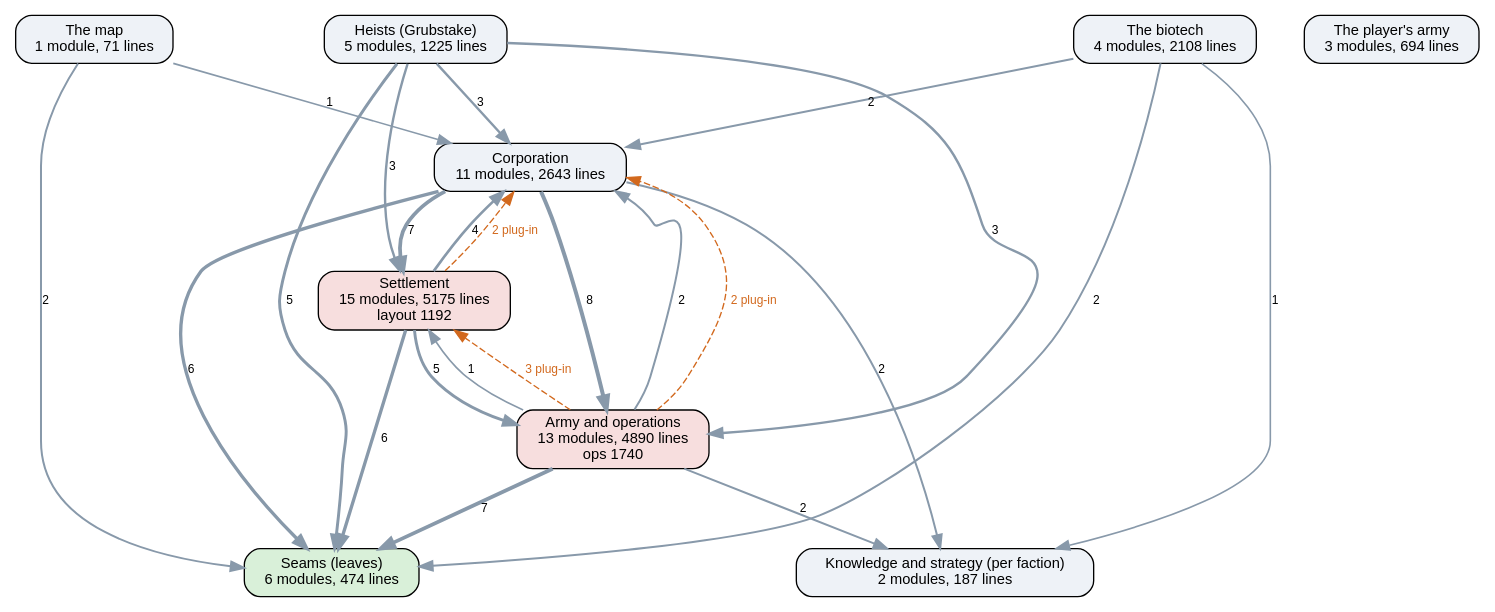
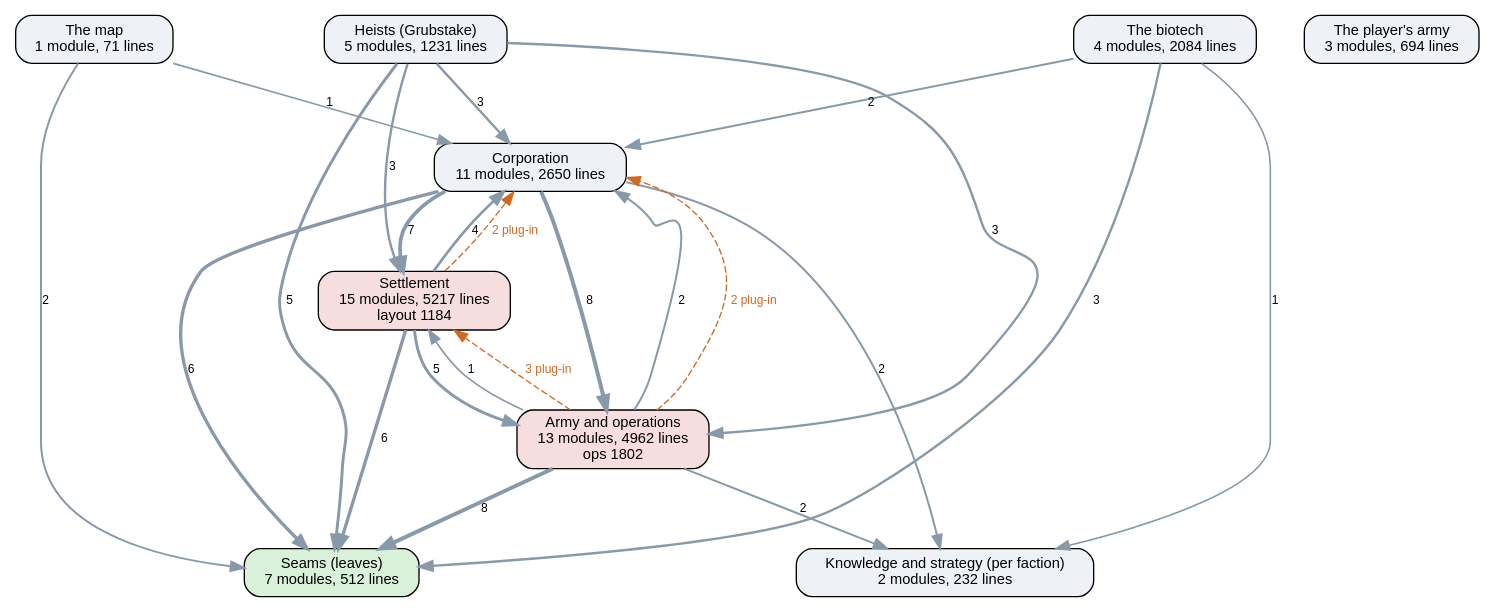
Before and after one commit to kinelhu/landing-party: the diagram in docs/ai-layers.dot, drawn with Graphviz. The commit also changed 38 other files, not shown here.

```diff
--- a/docs/ai-layers.dot
+++ b/docs/ai-layers.dot
@@ -1,37 +1,37 @@
 digraph layers {
   graph [rankdir=TB, fontname="Helvetica", nodesep=0.5, ranksep=0.7];
   node [shape=box, style="rounded,filled", fontname="Helvetica", fontsize=11, fillcolor="#eef2f7"];
   edge [color="#8899aa", fontname="Helvetica", fontsize=9];
-  "Seams (leaves)" [label="Seams (leaves)\n6 modules, 474 lines", fillcolor="#d9f0d9"];
-  "Knowledge and strategy (per faction)" [label="Knowledge and strategy (per faction)\n2 modules, 187 lines", fillcolor="#eef2f7"];
-  "Corporation" [label="Corporation\n11 modules, 2643 lines", fillcolor="#eef2f7"];
-  "Settlement" [label="Settlement\n15 modules, 5175 lines\nlayout 1192", fillcolor="#f7dede"];
-  "Army and operations" [label="Army and operations\n13 modules, 4890 lines\nops 1740", fillcolor="#f7dede"];
-  "Heists (Grubstake)" [label="Heists (Grubstake)\n5 modules, 1225 lines", fillcolor="#eef2f7"];
-  "The biotech" [label="The biotech\n4 modules, 2108 lines", fillcolor="#eef2f7"];
+  "Seams (leaves)" [label="Seams (leaves)\n7 modules, 512 lines", fillcolor="#d9f0d9"];
+  "Knowledge and strategy (per faction)" [label="Knowledge and strategy (per faction)\n2 modules, 232 lines", fillcolor="#eef2f7"];
+  "Corporation" [label="Corporation\n11 modules, 2650 lines", fillcolor="#eef2f7"];
+  "Settlement" [label="Settlement\n15 modules, 5217 lines\nlayout 1184", fillcolor="#f7dede"];
+  "Army and operations" [label="Army and operations\n13 modules, 4962 lines\nops 1802", fillcolor="#f7dede"];
+  "Heists (Grubstake)" [label="Heists (Grubstake)\n5 modules, 1231 lines", fillcolor="#eef2f7"];
+  "The biotech" [label="The biotech\n4 modules, 2084 lines", fillcolor="#eef2f7"];
   "The map" [label="The map\n1 module, 71 lines", fillcolor="#eef2f7"];
   "The player's army" [label="The player's army\n3 modules, 694 lines", fillcolor="#eef2f7"];
   "Army and operations" -> "Corporation" [label="2", penwidth=1.5];
   "Army and operations" -> "Knowledge and strategy (per faction)" [label="2", penwidth=1.5];
-  "Army and operations" -> "Seams (leaves)" [label="7", penwidth=2.8];
+  "Army and operations" -> "Seams (leaves)" [label="8", penwidth=3.0];
   "Army and operations" -> "Settlement" [label="1", penwidth=1.2];
   "Corporation" -> "Army and operations" [label="8", penwidth=3.0];
   "Corporation" -> "Knowledge and strategy (per faction)" [label="2", penwidth=1.5];
   "Corporation" -> "Seams (leaves)" [label="6", penwidth=2.5];
   "Corporation" -> "Settlement" [label="7", penwidth=2.8];
   "Heists (Grubstake)" -> "Army and operations" [label="3", penwidth=1.8];
   "Heists (Grubstake)" -> "Corporation" [label="3", penwidth=1.8];
   "Heists (Grubstake)" -> "Seams (leaves)" [label="5", penwidth=2.2];
   "Heists (Grubstake)" -> "Settlement" [label="3", penwidth=1.8];
   "Settlement" -> "Army and operations" [label="5", penwidth=2.2];
   "Settlement" -> "Corporation" [label="4", penwidth=2.0];
   "Settlement" -> "Seams (leaves)" [label="6", penwidth=2.5];
   "The biotech" -> "Corporation" [label="2", penwidth=1.5];
   "The biotech" -> "Knowledge and strategy (per faction)" [label="1", penwidth=1.2];
-  "The biotech" -> "Seams (leaves)" [label="2", penwidth=1.5];
+  "The biotech" -> "Seams (leaves)" [label="3", penwidth=1.8];
   "The map" -> "Corporation" [label="1", penwidth=1.2];
   "The map" -> "Seams (leaves)" [label="2", penwidth=1.5];
   "Army and operations" -> "Corporation" [style=dashed, color="#d2691e", fontcolor="#d2691e", label="2 plug-in"];
   "Army and operations" -> "Settlement" [style=dashed, color="#d2691e", fontcolor="#d2691e", label="3 plug-in"];
   "Settlement" -> "Corporation" [style=dashed, color="#d2691e", fontcolor="#d2691e", label="2 plug-in"];
 }
```
